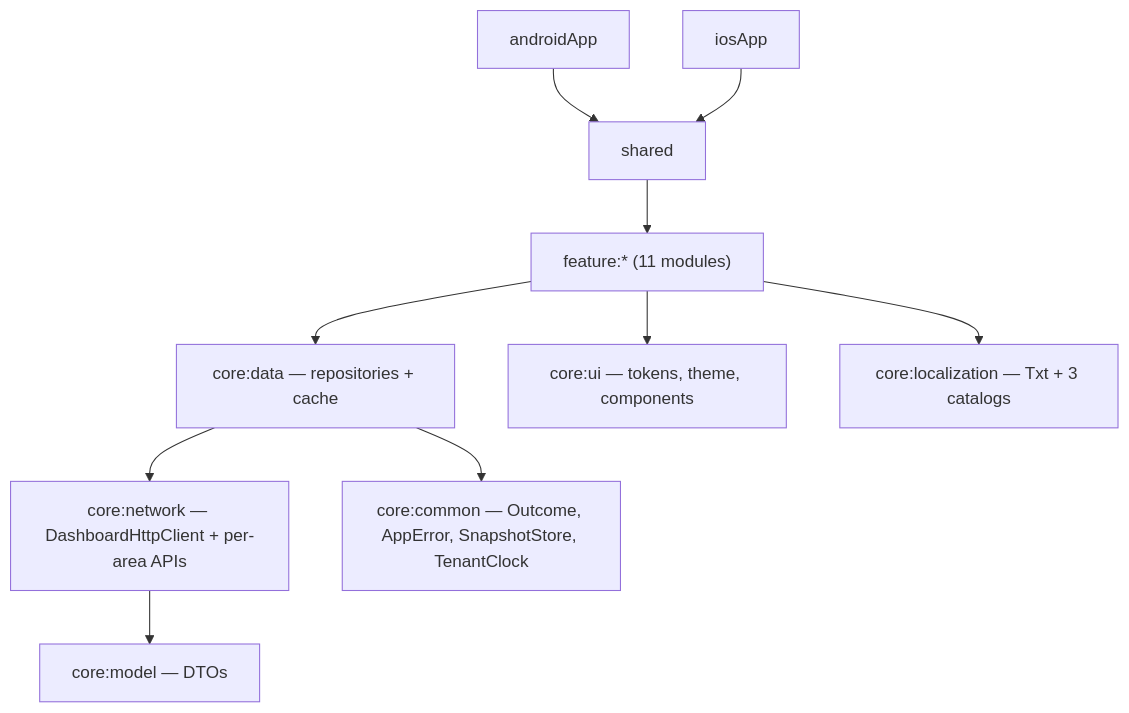
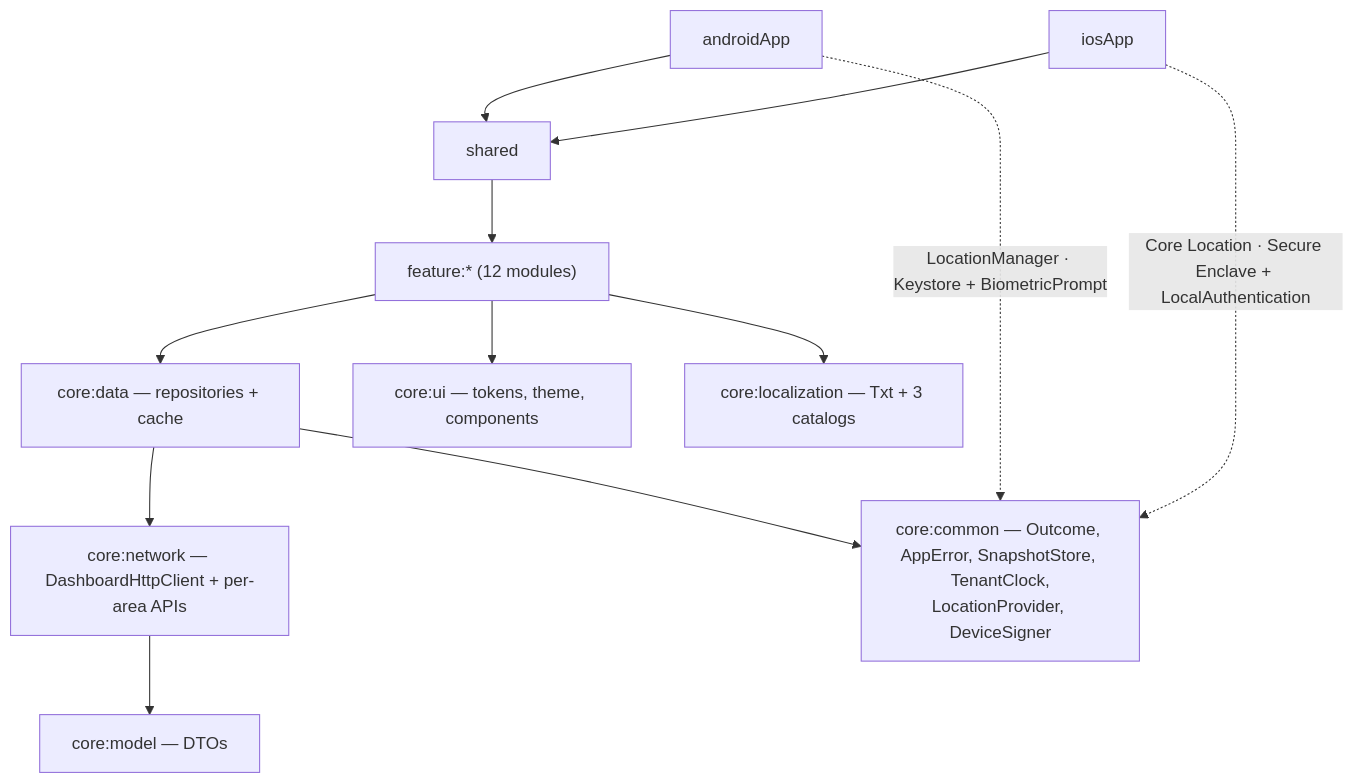
Before and after one commit to rfm-9300/rfm-edubot: diagram 13 of 13 in docs/architecture.md, drawn with Mermaid. The commit also changed other lines of this file and 3 other files, not shown here.

First line of the commit message:
Document the time clock: architecture, collections, mobile, design system

````diff
--- a/docs/architecture.md
+++ b/docs/architecture.md
@@ -885,12 +970,14 @@
 ```mermaid
 flowchart TD
   android[androidApp] --> shared
   ios[iosApp] --> shared
-  shared --> features["feature:* (11 modules)"]
+  shared --> features["feature:* (12 modules)"]
   features --> data["core:data — repositories + cache"]
   features --> ui["core:ui — tokens, theme, components"]
   features --> l10n["core:localization — Txt + 3 catalogs"]
   data --> network["core:network — DashboardHttpClient + per-area APIs"]
   network --> model["core:model — DTOs"]
-  data --> common["core:common — Outcome, AppError, SnapshotStore, TenantClock"]
+  data --> common["core:common — Outcome, AppError, SnapshotStore, TenantClock,<br/>LocationProvider, DeviceSigner"]
+  android -.->|"LocationManager · Keystore + BiometricPrompt"| common
+  ios -.->|"Core Location · Secure Enclave + LocalAuthentication"| common
 ```
````
